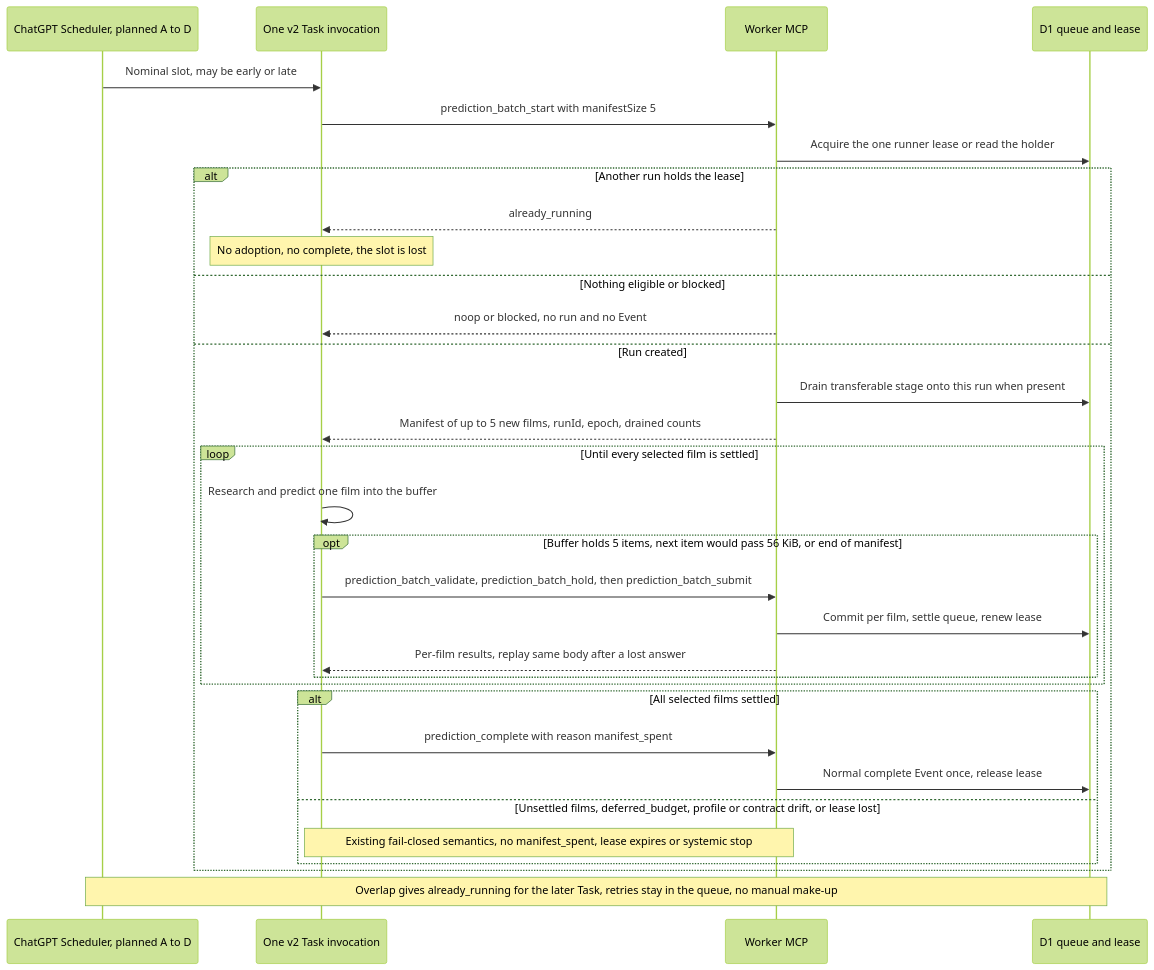
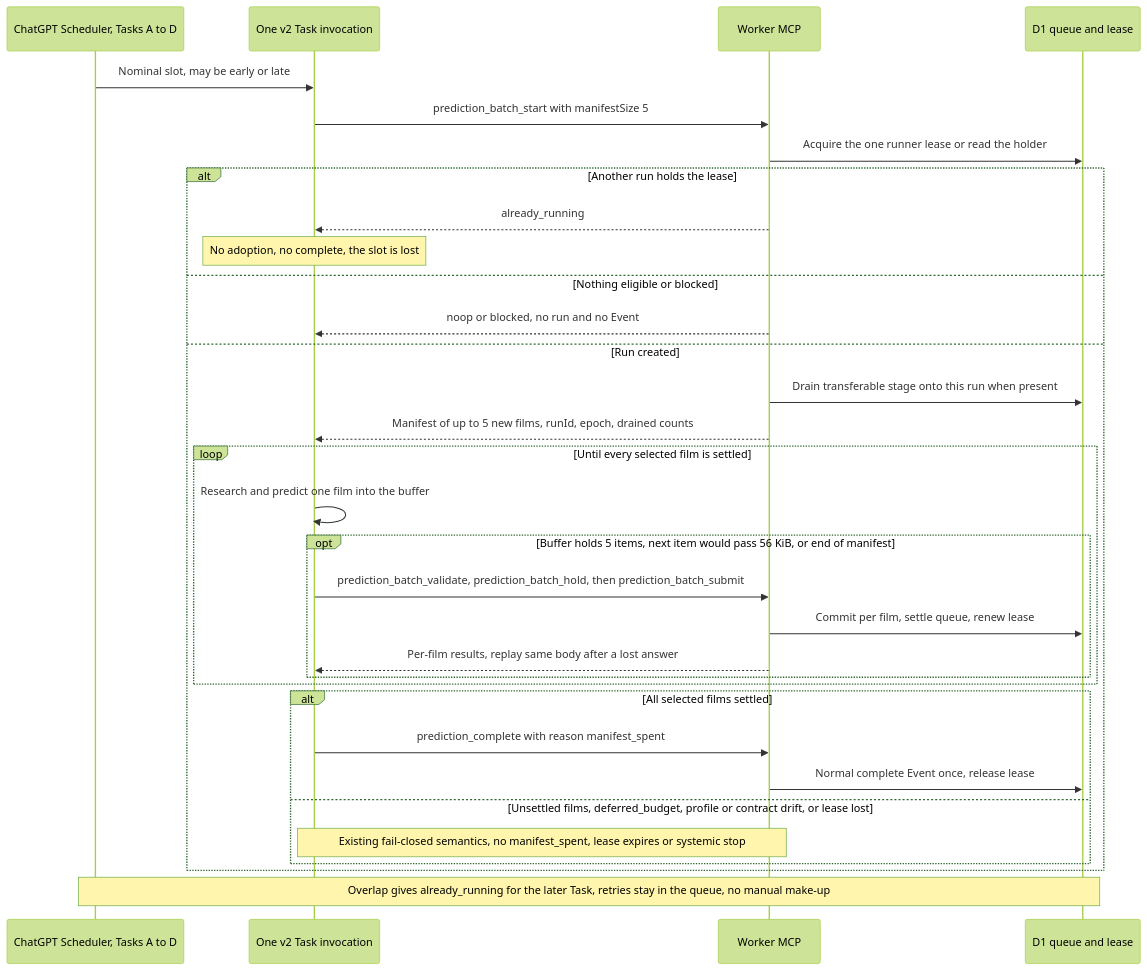
The second of 11 diagrams in docs/architecture/scheduling-and-orchestration.md (vladimino/iptv-watchlist), drawn with Mermaid (forest theme) before and after one commit. The commit also changed other lines of this file and 79 other files, not shown here.

````diff
--- a/docs/architecture/scheduling-and-orchestration.md
+++ b/docs/architecture/scheduling-and-orchestration.md
@@ -92,34 +63,34 @@
 ```mermaid
 sequenceDiagram
-    participant Sched as ChatGPT Scheduler, planned A to D
+    participant Sched as ChatGPT Scheduler, Tasks A to D
     participant Task as One v2 Task invocation
     participant MCP as Worker MCP
     participant D1 as D1 queue and lease
     Sched->>Task: Nominal slot, may be early or late
     Task->>MCP: prediction_batch_start with manifestSize 5
     MCP->>D1: Acquire the one runner lease or read the holder
     alt Another run holds the lease
         MCP-->>Task: already_running
         Note over Task: No adoption, no complete, the slot is lost
     else Nothing eligible or blocked
         MCP-->>Task: noop or blocked, no run and no Event
     else Run created
         MCP->>D1: Drain transferable stage onto this run when present
         MCP-->>Task: Manifest of up to 5 new films, runId, epoch, drained counts
         loop Until every selected film is settled
             Task->>Task: Research and predict one film into the buffer
             opt Buffer holds 5 items, next item would pass 56 KiB, or end of manifest
                 Task->>MCP: prediction_batch_validate, prediction_batch_hold, then prediction_batch_submit
                 MCP->>D1: Commit per film, settle queue, renew lease
                 MCP-->>Task: Per-film results, replay same body after a lost answer
             end
         end
         alt All selected films settled
             Task->>MCP: prediction_complete with reason manifest_spent
             MCP->>D1: Normal complete Event once, release lease
         else Unsettled films, deferred_budget, profile or contract drift, or lease lost
             Note over Task,MCP: Existing fail-closed semantics, no manifest_spent, lease expires or systemic stop
         end
     end
     Note over Sched,D1: Overlap gives already_running for the later Task, retries stay in the queue, no manual make-up
 ```
````
